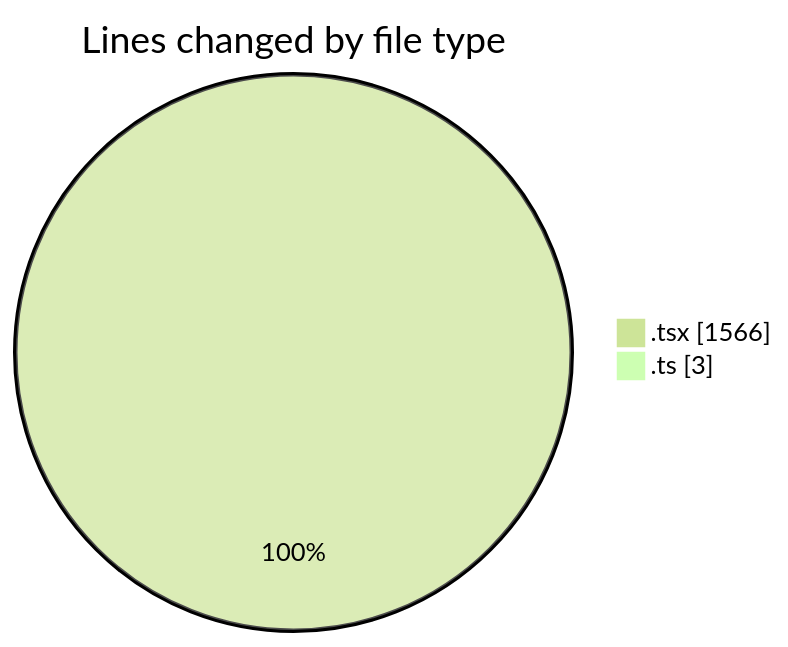
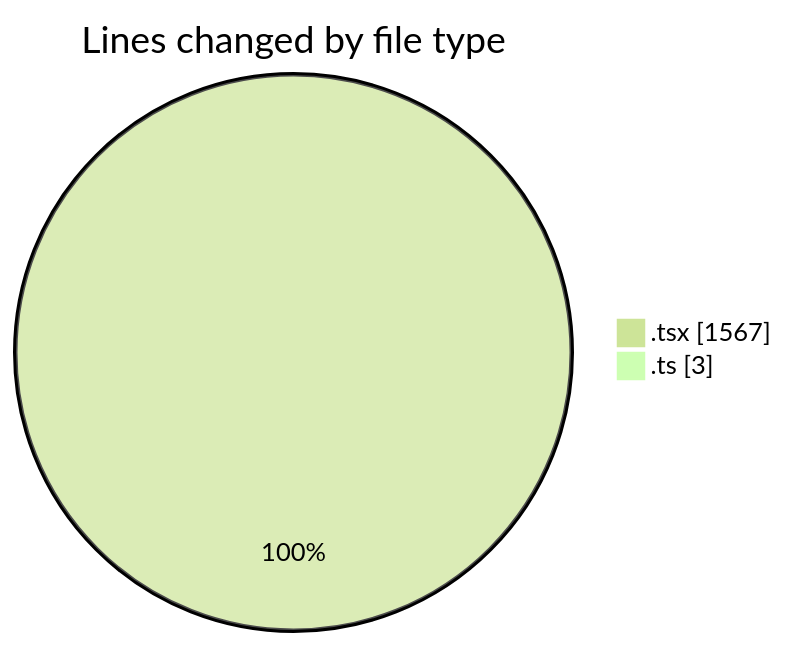
One commit to momahboobian/code-tracking changed the first of 2 diagrams in 2025-02-12/cda/README.md. Above: the diagram before and after it, drawn with Mermaid (forest theme). The commit also changed other lines of this file and 1 other file, not shown here.

Commit message:
type(cda): Increase lines added in RequestForm.tsx by 1 line This commit increases the number of lines added in RequestForm.tsx by 1 line. The affected functionality is the addition of a new line of code in the file. Modified files: activity.json, cda/README.md

````diff
--- a/2025-02-12/cda/README.md
+++ b/2025-02-12/cda/README.md
@@ -23,6 +23,6 @@
 ```mermaid
 pie showData
 title Lines changed by file type
-".tsx" : 1566
+".tsx" : 1567
 ".ts" : 3
 ```
````
